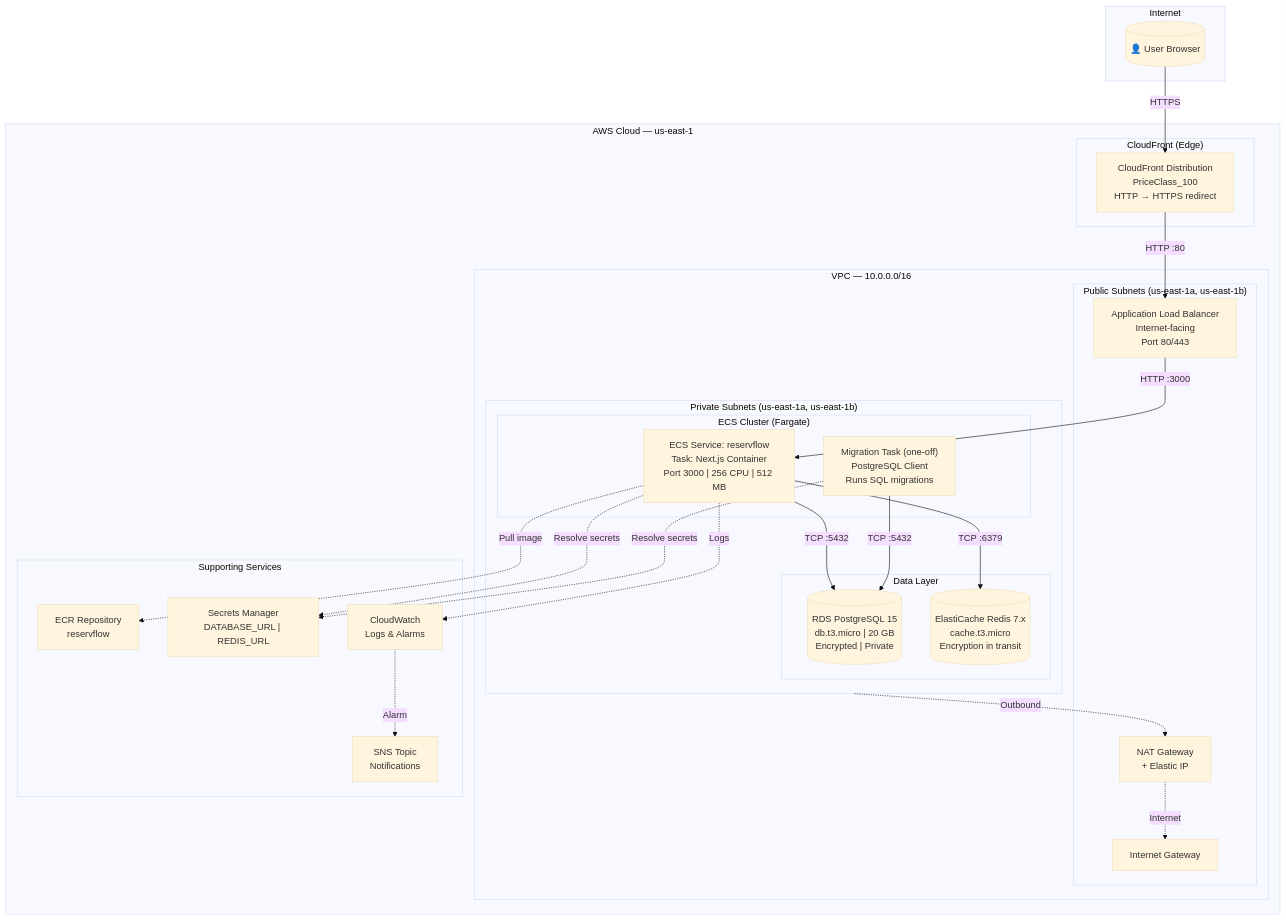
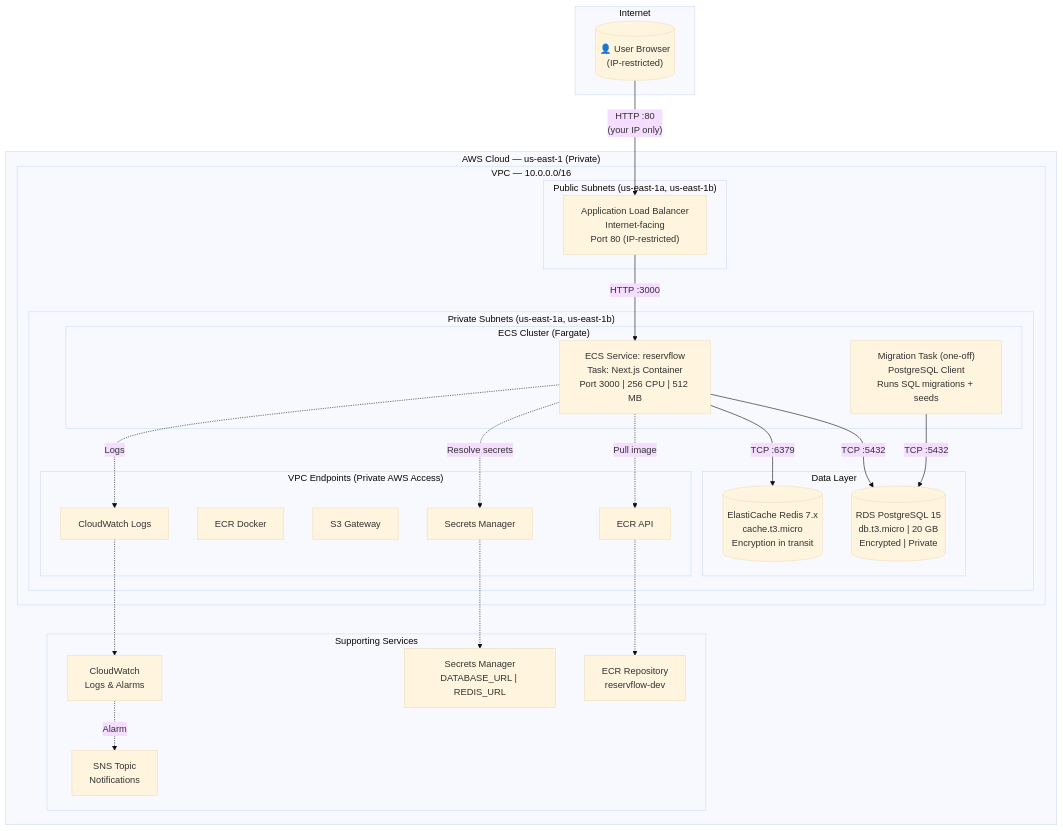
One commit to Danieltlacuache/Hotel_Reservation_Proyect changed the first of 4 diagrams in README.md. Above: the diagram before and after it, drawn with Mermaid (base theme). The commit also changed other lines of this file and 46 other files, not shown here.

````diff
--- a/README.md
+++ b/README.md
@@ -34,57 +35,58 @@
 ```mermaid
 graph TB
     subgraph Internet
-        User[("👤 User Browser")]
+        User[("👤 User Browser<br/>(IP-restricted)")]
     end
 
-    subgraph AWS["AWS Cloud — us-east-1"]
-        
-        subgraph CF["CloudFront (Edge)"]
-            CDN["CloudFront Distribution<br/>PriceClass_100<br/>HTTP → HTTPS redirect"]
-        end
+    subgraph AWS["AWS Cloud — us-east-1 (Private)"]
 
         subgraph VPC["VPC — 10.0.0.0/16"]
-            
+
             subgraph PublicSubnets["Public Subnets (us-east-1a, us-east-1b)"]
-                ALB["Application Load Balancer<br/>Internet-facing<br/>Port 80/443"]
-                NAT["NAT Gateway<br/>+ Elastic IP"]
-                IGW["Internet Gateway"]
+                ALB["Application Load Balancer<br/>Internet-facing<br/>Port 80 (IP-restricted)"]
             end
 
             subgraph PrivateSubnets["Private Subnets (us-east-1a, us-east-1b)"]
-                
+
                 subgraph ECSCluster["ECS Cluster (Fargate)"]
                     AppService["ECS Service: reservflow<br/>Task: Next.js Container<br/>Port 3000 | 256 CPU | 512 MB"]
-                    MigrationTask["Migration Task (one-off)<br/>PostgreSQL Client<br/>Runs SQL migrations"]
+                    MigrationTask["Migration Task (one-off)<br/>PostgreSQL Client<br/>Runs SQL migrations + seeds"]
                 end
 
                 subgraph DataLayer["Data Layer"]
                     RDS[("RDS PostgreSQL 15<br/>db.t3.micro | 20 GB<br/>Encrypted | Private")]
                     Redis[("ElastiCache Redis 7.x<br/>cache.t3.micro<br/>Encryption in transit")]
                 end
+
+                subgraph VPCEndpoints["VPC Endpoints (Private AWS Access)"]
+                    ECRA["ECR API"]
+                    ECRD["ECR Docker"]
+                    S3GW["S3 Gateway"]
+                    SME["Secrets Manager"]
+                    CWL["CloudWatch Logs"]
+                end
             end
         end
 
         subgraph Supporting["Supporting Services"]
-            ECR["ECR Repository<br/>reservflow"]
+            ECR["ECR Repository<br/>reservflow-dev"]
             SM["Secrets Manager<br/>DATABASE_URL | REDIS_URL"]
             CW["CloudWatch<br/>Logs & Alarms"]
             SNS["SNS Topic<br/>Notifications"]
         end
     end
 
-    User -->|HTTPS| CDN
-    CDN -->|HTTP :80| ALB
+    User -->|"HTTP :80<br/>(your IP only)"| ALB
     ALB -->|HTTP :3000| AppService
     AppService -->|TCP :5432| RDS
     AppService -->|TCP :6379| Redis
     MigrationTask -->|TCP :5432| RDS
 
-    AppService -.->|Pull image| ECR
-    AppService -.->|Resolve secrets| SM
-    MigrationTask -.->|Resolve secrets| SM
-    AppService -.->|Logs| CW
+    AppService -.->|Pull image| ECRA
+    AppService -.->|Resolve secrets| SME
+    AppService -.->|Logs| CWL
+    ECRA -.-> ECR
+    SME -.-> SM
+    CWL -.-> CW
     CW -.->|Alarm| SNS
-    PrivateSubnets -.->|Outbound| NAT
-    NAT -.->|Internet| IGW
 ```
````
